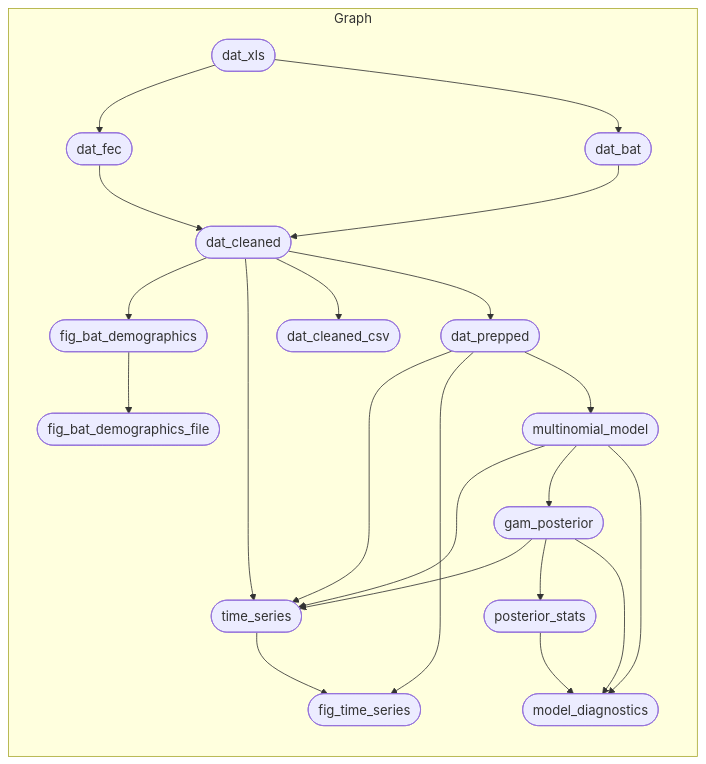
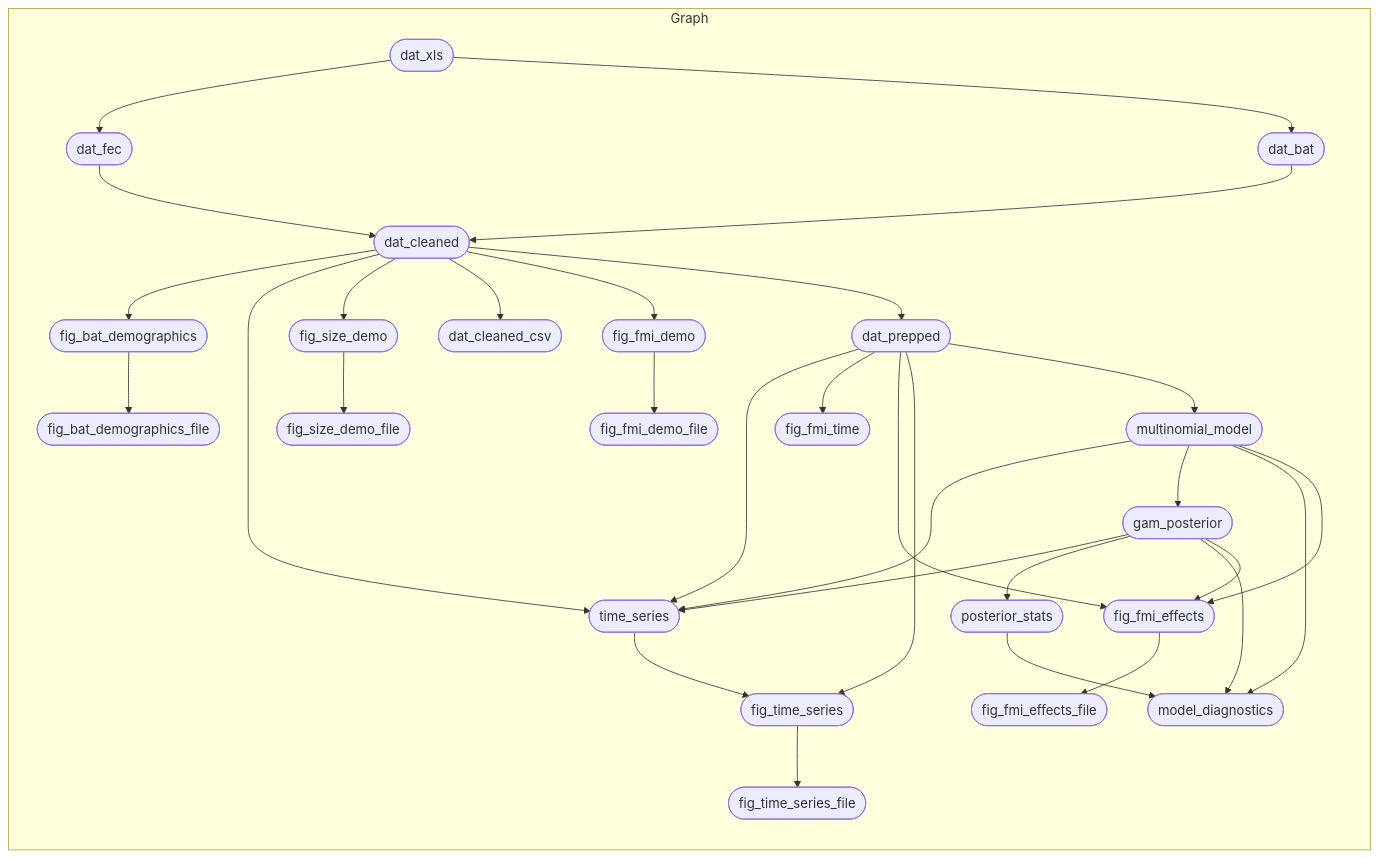
Before and after one commit to ecohealthalliance/sabrenet-rousettus-dynamics: the diagram in README.md, drawn with Mermaid. The commit also changed 1 other file, not shown here.

````diff
--- a/README.md
+++ b/README.md
@@ -42,25 +42,35 @@
 ``` mermaid
 graph LR
   subgraph Graph
     x7a7f43da56388c67(["fig_bat_demographics"]):::queued --> x57a7f9cc118d43ce(["fig_bat_demographics_file"]):::queued
     xba784c3a136c631a(["dat_cleaned"]):::queued --> x7a7f43da56388c67(["fig_bat_demographics"]):::queued
     xba784c3a136c631a(["dat_cleaned"]):::queued --> xf22c729b71100575(["time_series"]):::queued
     x4a5cfaffa1d0e789(["dat_prepped"]):::queued --> xf22c729b71100575(["time_series"]):::queued
     x89c8b8fe66c39f8c(["gam_posterior"]):::queued --> xf22c729b71100575(["time_series"]):::queued
     x023bc1d70802c4e1(["multinomial_model"]):::queued --> xf22c729b71100575(["time_series"]):::queued
+    xba784c3a136c631a(["dat_cleaned"]):::queued --> xcdebc0583bb5c42e(["fig_size_demo"]):::queued
     x6cf5d6dc2e05a667(["dat_bat"]):::queued --> xba784c3a136c631a(["dat_cleaned"]):::queued
     x733041ef94e8d4a9(["dat_fec"]):::queued --> xba784c3a136c631a(["dat_cleaned"]):::queued
+    x4a5cfaffa1d0e789(["dat_prepped"]):::queued --> x743d14db79d088a5(["fig_fmi_time"]):::queued
     xc2117931d245afce(["dat_xls"]):::queued --> x733041ef94e8d4a9(["dat_fec"]):::queued
+    x23873f9d63594e23(["fig_fmi_demo"]):::queued --> x8fc58a4d202a711a(["fig_fmi_demo_file"]):::queued
     x89c8b8fe66c39f8c(["gam_posterior"]):::queued --> x48dd96190e644d8f(["posterior_stats"]):::queued
     x023bc1d70802c4e1(["multinomial_model"]):::queued --> x89c8b8fe66c39f8c(["gam_posterior"]):::queued
     xc2117931d245afce(["dat_xls"]):::queued --> x6cf5d6dc2e05a667(["dat_bat"]):::queued
+    xcdebc0583bb5c42e(["fig_size_demo"]):::queued --> x6c01430c132507c0(["fig_size_demo_file"]):::queued
     x89c8b8fe66c39f8c(["gam_posterior"]):::queued --> x1e7dc8900c0252af(["model_diagnostics"]):::queued
     x023bc1d70802c4e1(["multinomial_model"]):::queued --> x1e7dc8900c0252af(["model_diagnostics"]):::queued
     x48dd96190e644d8f(["posterior_stats"]):::queued --> x1e7dc8900c0252af(["model_diagnostics"]):::queued
+    x4a5cfaffa1d0e789(["dat_prepped"]):::queued --> x37da1c8de8c2ccbe(["fig_fmi_effects"]):::queued
+    x89c8b8fe66c39f8c(["gam_posterior"]):::queued --> x37da1c8de8c2ccbe(["fig_fmi_effects"]):::queued
+    x023bc1d70802c4e1(["multinomial_model"]):::queued --> x37da1c8de8c2ccbe(["fig_fmi_effects"]):::queued
     x4a5cfaffa1d0e789(["dat_prepped"]):::queued --> xe3a4a17736576ba6(["fig_time_series"]):::queued
     xf22c729b71100575(["time_series"]):::queued --> xe3a4a17736576ba6(["fig_time_series"]):::queued
     xba784c3a136c631a(["dat_cleaned"]):::queued --> xdb44d218f76593df(["dat_cleaned_csv"]):::queued
+    xba784c3a136c631a(["dat_cleaned"]):::queued --> x23873f9d63594e23(["fig_fmi_demo"]):::queued
     x4a5cfaffa1d0e789(["dat_prepped"]):::queued --> x023bc1d70802c4e1(["multinomial_model"]):::queued
+    x37da1c8de8c2ccbe(["fig_fmi_effects"]):::queued --> x942eeb410ea37982(["fig_fmi_effects_file"]):::queued
+    xe3a4a17736576ba6(["fig_time_series"]):::queued --> x650683ca19a5d319(["fig_time_series_file"]):::queued
     xba784c3a136c631a(["dat_cleaned"]):::queued --> x4a5cfaffa1d0e789(["dat_prepped"]):::queued
   end
 ```
````
